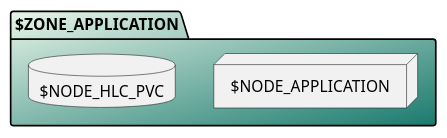
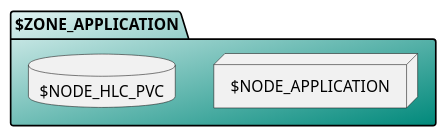
One commit to salimnamvar/selma changed the diagram in docs/deployment/common/dep_section_application.puml. Above: the diagram before and after it, drawn with PlantUML. The commit also changed 54 other files, not shown here.

```diff
--- a/docs/deployment/common/dep_section_application.puml
+++ b/docs/deployment/common/dep_section_application.puml
@@ -1,11 +1,11 @@
 ' ============================================================
 ' Section: APPLICATION ZONE (C4: application · StatefulSet)
 ' Aliases: ZONE_APP, NODE_APPLICATION, NODE_HLC_PVC
 ' Internals of application: c4_selma_component.puml
 ' ============================================================
 
-' Zone fill/border = DEP_ZONE_APP_* (#E8F5F3 / #1B7A6E · C4 system)
-package "$ZONE_APPLICATION" as ZONE_APP #E8F5E9/1B7A6E {
+' Zone fill/border = DEP_ZONE_APP_* (#E0F2F1 / #00897B · C4 system)
+package "$ZONE_APPLICATION" as ZONE_APP #E0F2F1/00897B {
   node "$NODE_APPLICATION" as NODE_APPLICATION
   database "$NODE_HLC_PVC" as NODE_HLC_PVC
 }
```
